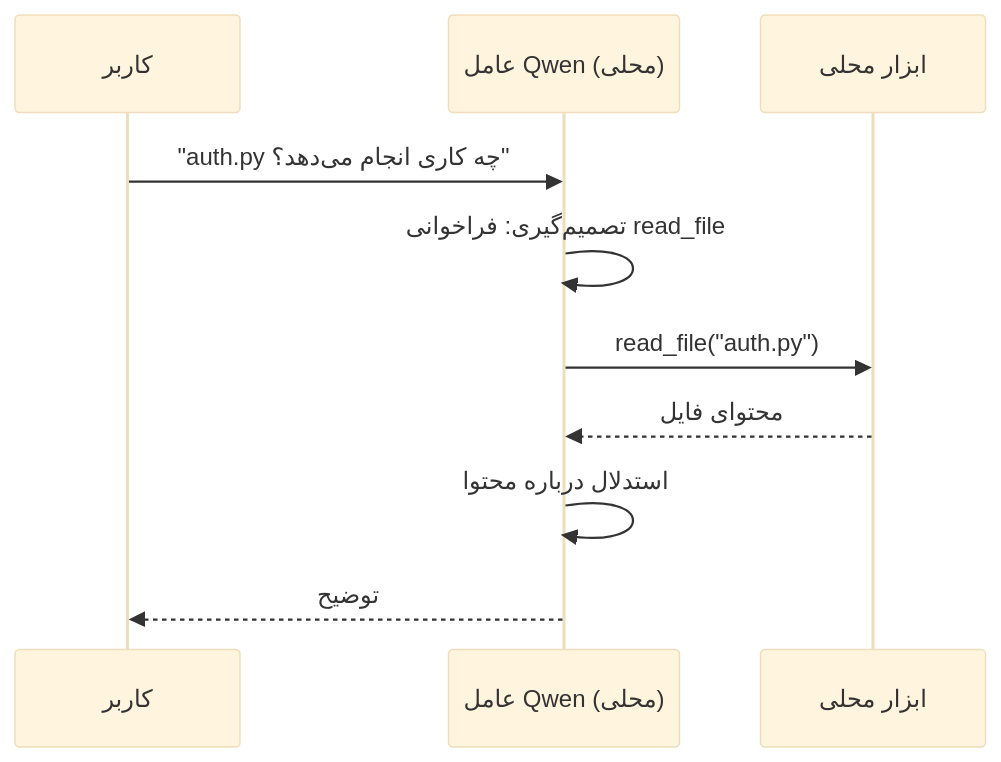
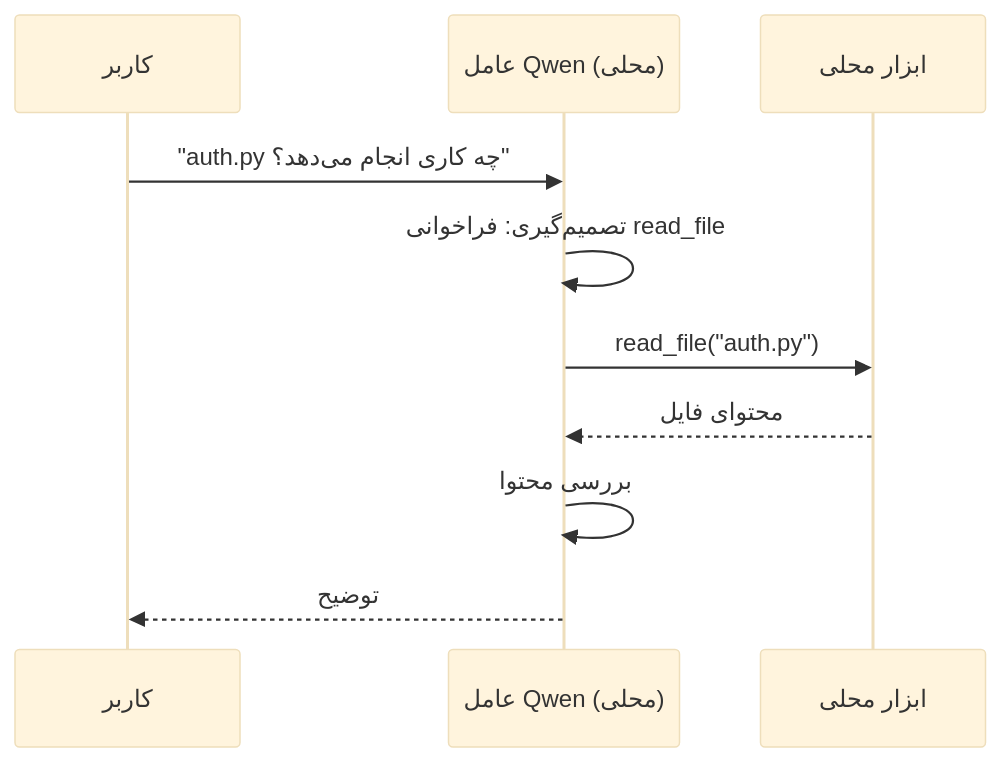
Before and after one commit to gabrielmoreira/agent-skills-mirror: the second of 4 diagrams in mirrors/repos/microsoft@ai-agents-for-beginners/translations/fa/17-creating-local-ai-agents/README.md, drawn with Mermaid (base theme). The commit also changed other lines of this file and 4262 other files, not shown here.

````diff
--- a/mirrors/repos/microsoft@ai-agents-for-beginners/translations/fa/17-creating-local-ai-agents/README.md
+++ b/mirrors/repos/microsoft@ai-agents-for-beginners/translations/fa/17-creating-local-ai-agents/README.md
@@ -106,12 +106,12 @@
 ```mermaid
 sequenceDiagram
     participant U as کاربر
     participant A as عامل Qwen (محلی)
     participant T as ابزار محلی
     U->>A: "auth.py چه کاری انجام می‌دهد؟"
     A->>A: تصمیم‌گیری: فراخوانی read_file
     A->>T: read_file("auth.py")
     T-->>A: محتوای فایل
-    A->>A: استدلال درباره محتوا
+    A->>A: بررسی محتوا
     A-->>U: توضیح
 ```
````
